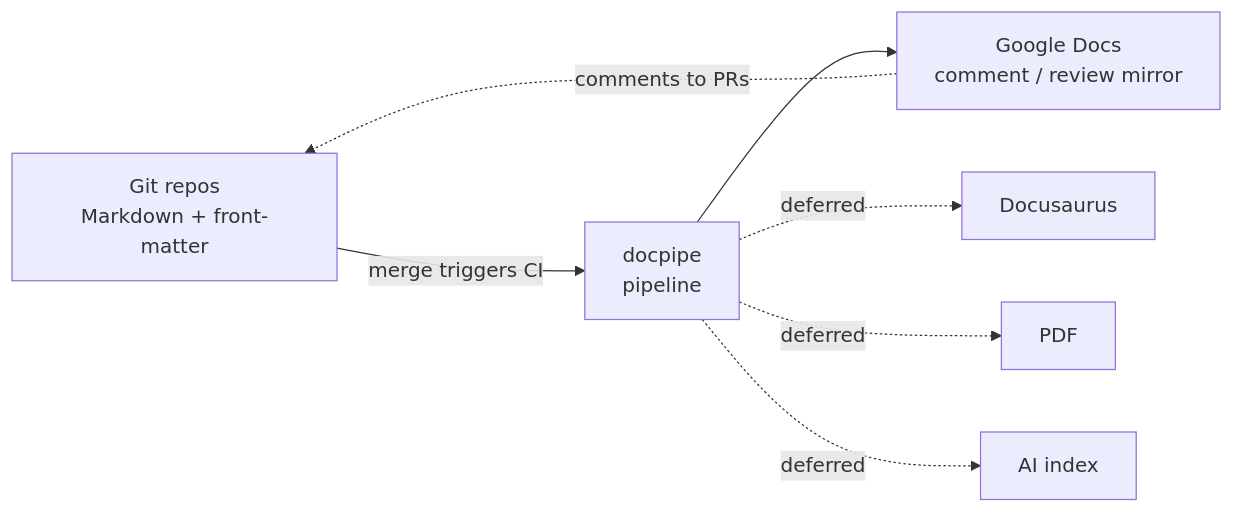
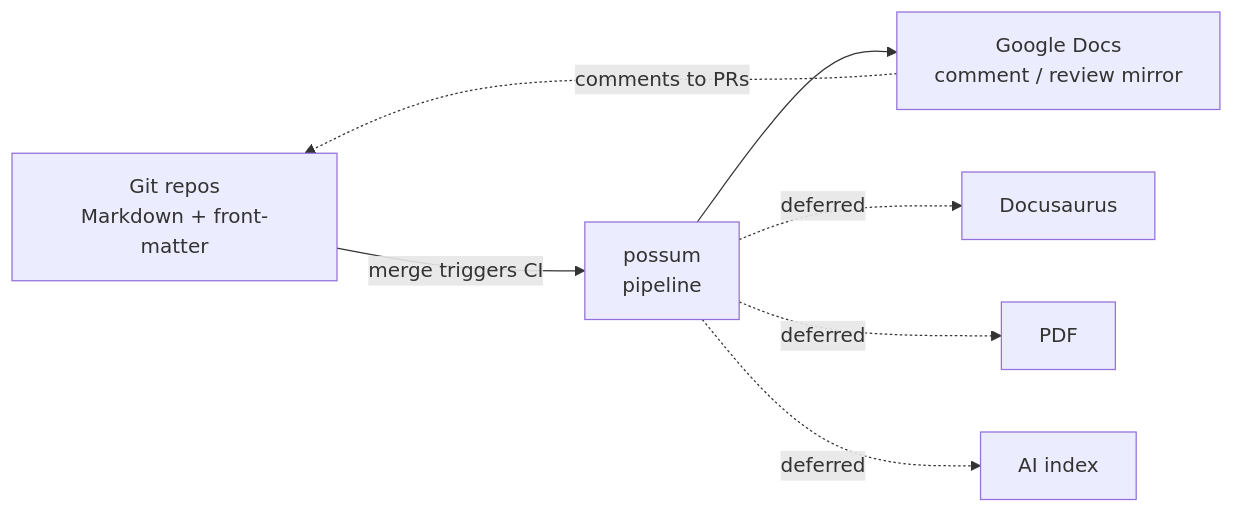
One commit to bhaveshdarpan/possum changed the diagram in README.md. Above: the diagram before and after it, drawn with Mermaid. The commit also changed other lines of this file and 21 other files, not shown here.

````diff
--- a/README.md
+++ b/README.md
@@ -11,9 +11,9 @@
 ```mermaid
 flowchart LR
-  A["Git repos<br/>Markdown + front-matter"] -->|merge triggers CI| B["docpipe<br/>pipeline"]
+  A["Git repos<br/>Markdown + front-matter"] -->|merge triggers CI| B["possum<br/>pipeline"]
   B --> C["Google Docs<br/>comment / review mirror"]
   C -. comments to PRs .-> A
   B -. deferred .-> D[Docusaurus]
   B -. deferred .-> E[PDF]
   B -. deferred .-> F["AI index"]
 ```
````
